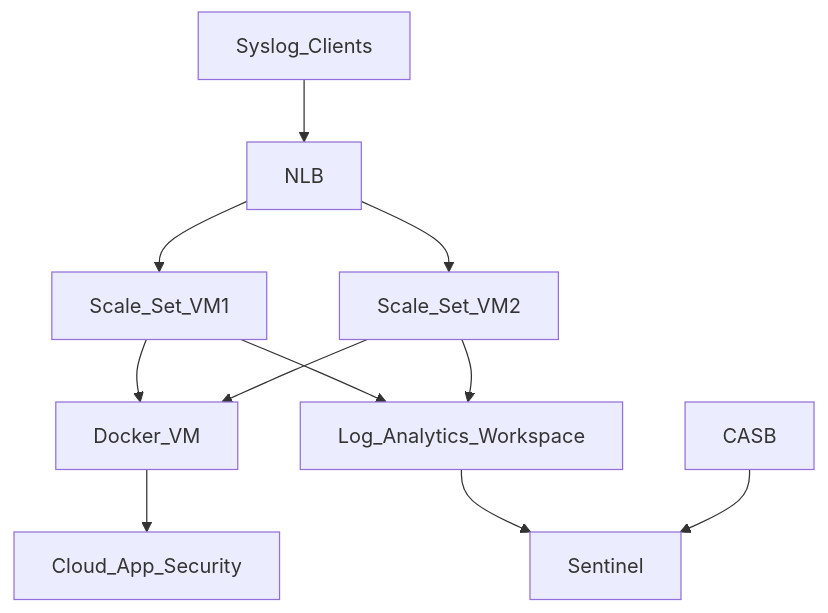
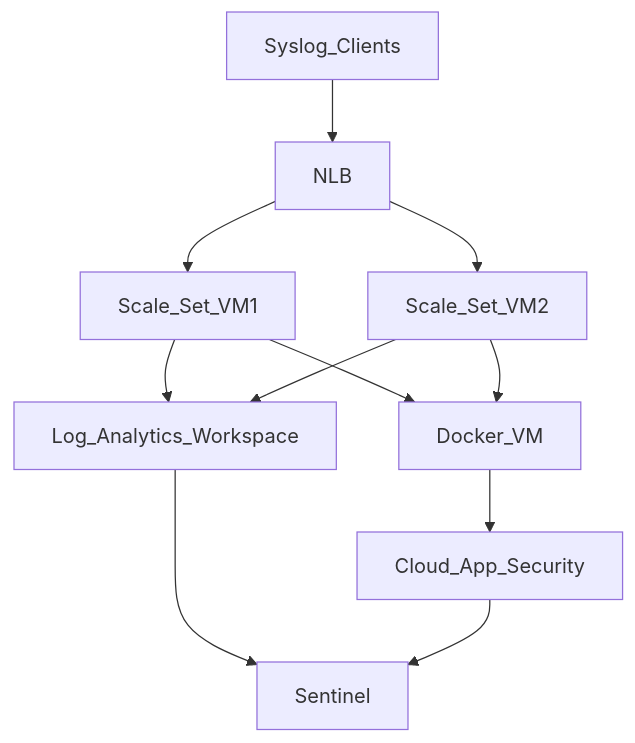
Before and after one commit to sip03ds/AzAdmin: the diagram in RSyslog_Sentinel/README.md, drawn with Mermaid.

````diff
--- a/RSyslog_Sentinel/README.md
+++ b/RSyslog_Sentinel/README.md
@@ -38,14 +38,14 @@
 ```mermaid
     graph TD;
         Syslog_Clients-->NLB;
         NLB-->Scale_Set_VM1;
         NLB-->Scale_Set_VM2;
         Scale_Set_VM1-->Docker_VM;
         Scale_Set_VM1-->Log_Analytics_Workspace;
         Scale_Set_VM2-->Docker_VM;
         Docker_VM-->Cloud_App_Security;
         Scale_Set_VM2-->Log_Analytics_Workspace;
         Log_Analytics_Workspace-->Sentinel;
-        CASB-->Sentinel;
+        Cloud_App_Security-->Sentinel;
         
 ```
````
